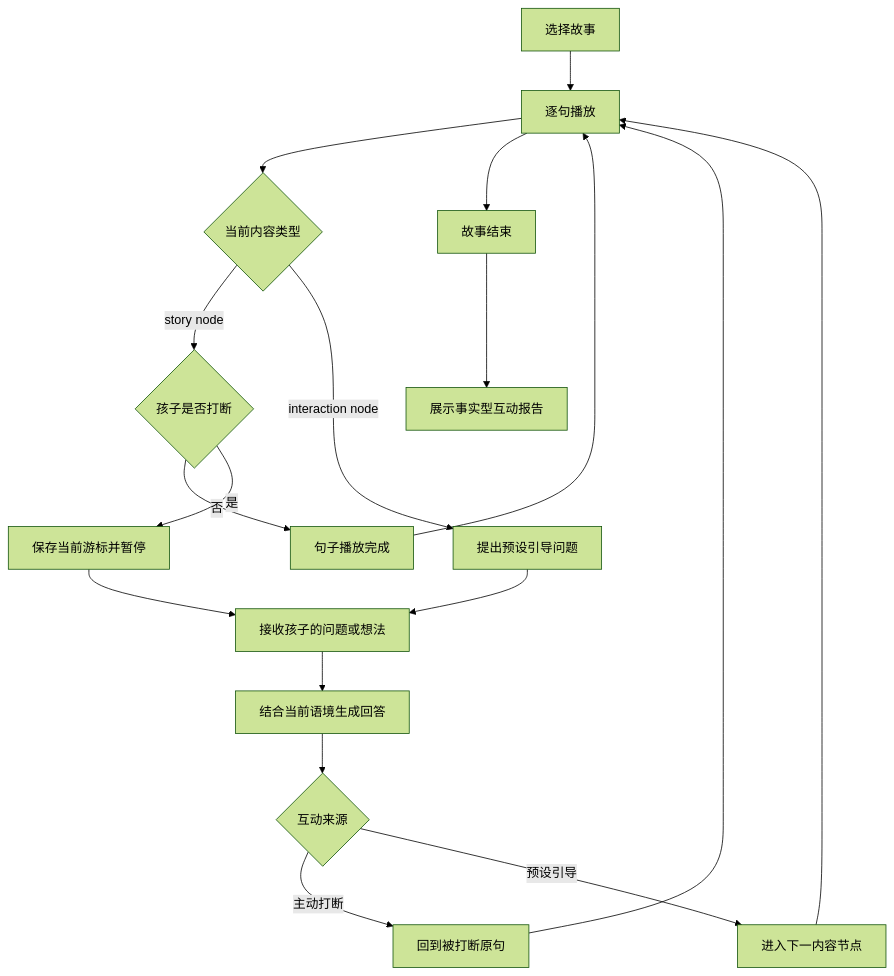
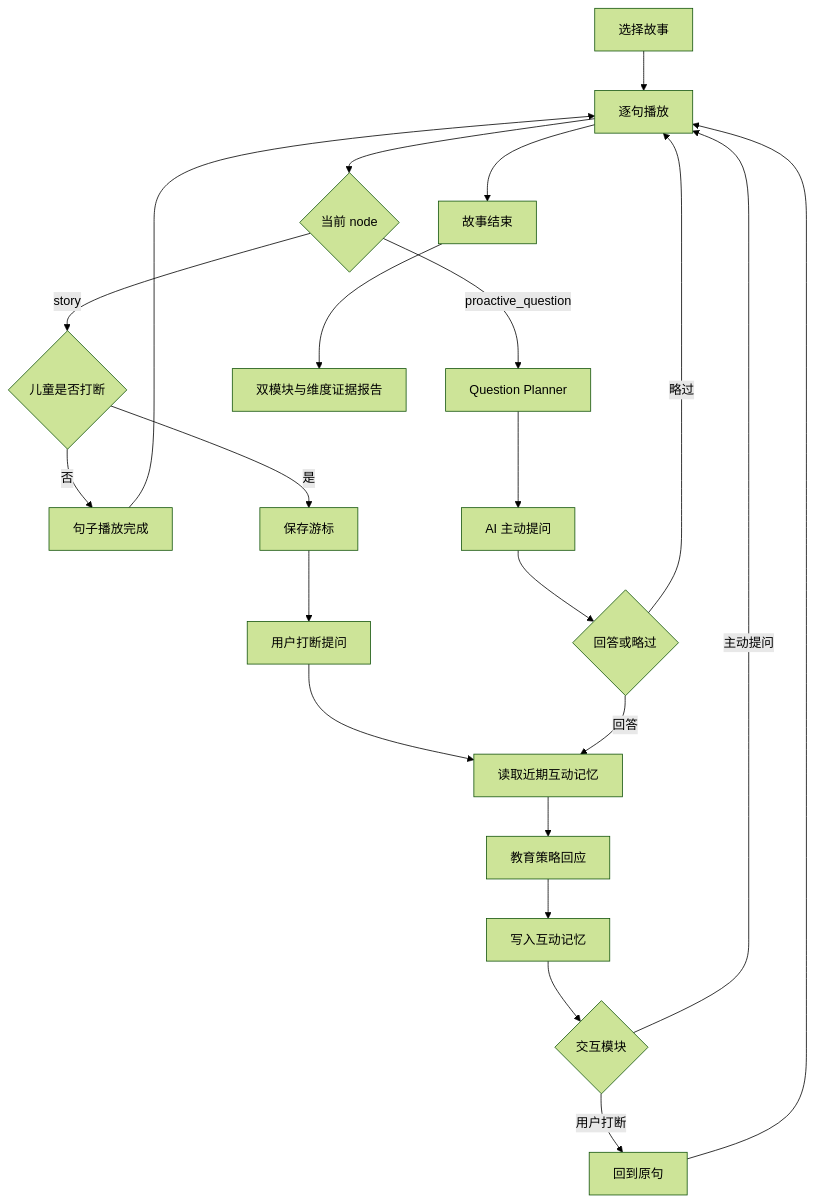
The second of 2 diagrams in docs/product-logic.md (et79lee-cell/storypal-ai-reading-companion), drawn with Mermaid (forest theme) before and after one commit. The commit also changed other lines of this file and 31 other files, not shown here.

````diff
--- a/docs/product-logic.md
+++ b/docs/product-logic.md
@@ -28,20 +119,24 @@
 ```mermaid
 flowchart TD
   A[选择故事] --> B[逐句播放]
-  B --> C{当前内容类型}
-  C -->|story node| D{孩子是否打断}
+  B --> C{当前 node}
+  C -->|story| D{儿童是否打断}
   D -->|否| E[句子播放完成]
   E --> B
-  D -->|是| F[保存当前游标并暂停]
-  C -->|interaction node| G[提出预设引导问题]
-  F --> H[接收孩子的问题或想法]
-  G --> H
-  H --> I[结合当前语境生成回答]
-  I --> J{互动来源}
-  J -->|主动打断| K[回到被打断原句]
-  J -->|预设引导| L[进入下一内容节点]
-  K --> B
-  L --> B
-  B --> M[故事结束]
-  M --> N[展示事实型互动报告]
+  D -->|是| F[保存游标]
+  F --> G[用户打断提问]
+  C -->|proactive_question| H[Question Planner]
+  H --> I[AI 主动提问]
+  I --> J{回答或略过}
+  G --> K[读取近期互动记忆]
+  J -->|回答| K
+  J -->|略过| B
+  K --> L[教育策略回应]
+  L --> M[写入互动记忆]
+  M --> N{交互模块}
+  N -->|主动提问| B
+  N -->|用户打断| O[回到原句]
+  O --> B
+  B --> P[故事结束]
+  P --> Q[双模块与维度证据报告]
 ```
````
